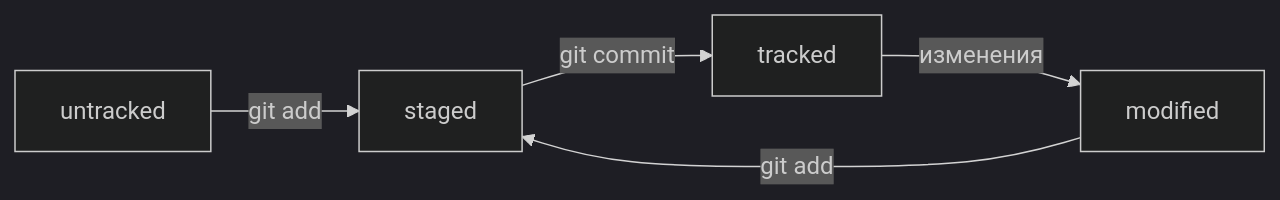
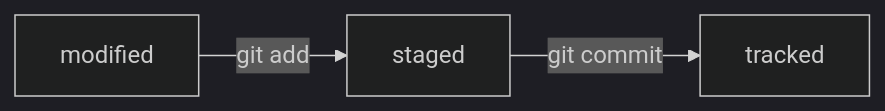
One commit to Halavyryn/shpargalkaGit changed the diagram in readme.md. Above: the diagram before and after it, drawn with Mermaid (dark theme).

Commit message:
Изменил блок-схему5

````diff
--- a/readme.md
+++ b/readme.md
@@ -8,6 +8,5 @@
 ```mermaid
 	graph LR;
-	untracked -- "git add" --> staged;
 	modified -- "git add" --> staged -- "git commit" --> tracked;
-	tracked -- "изменения" --> modified;
+
 ```
````
